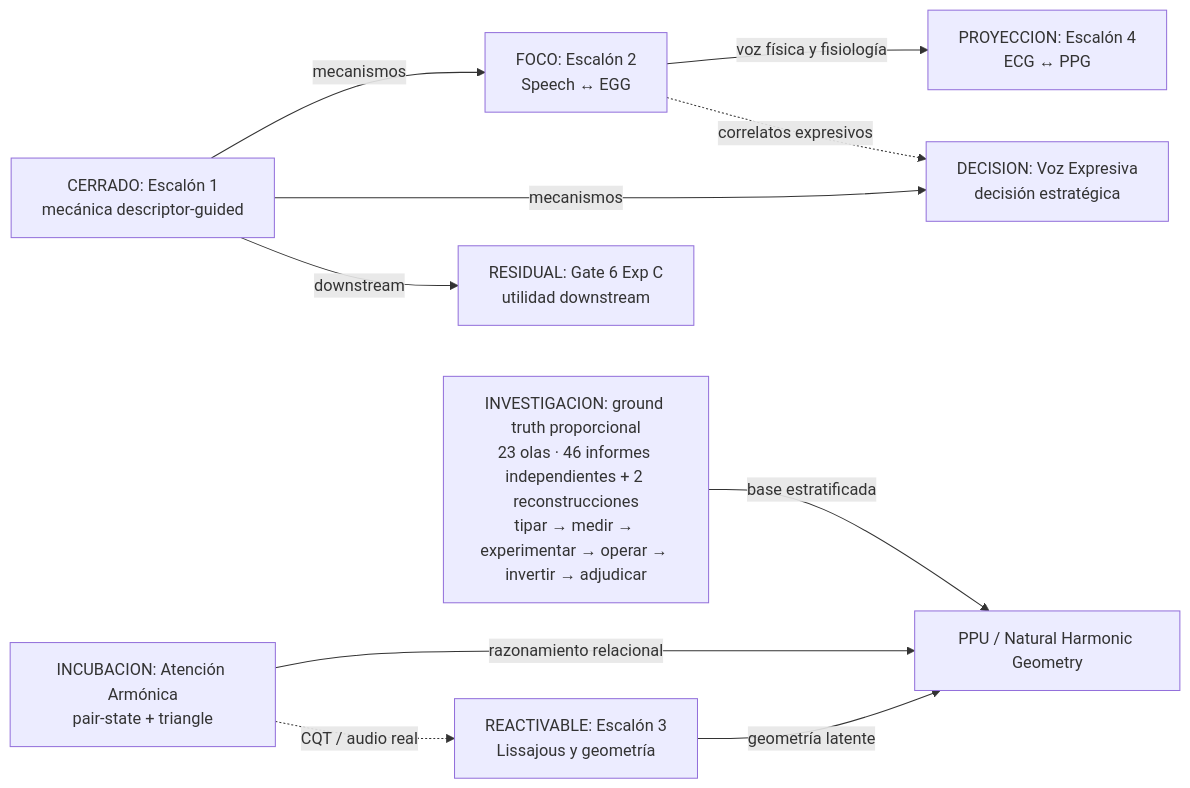
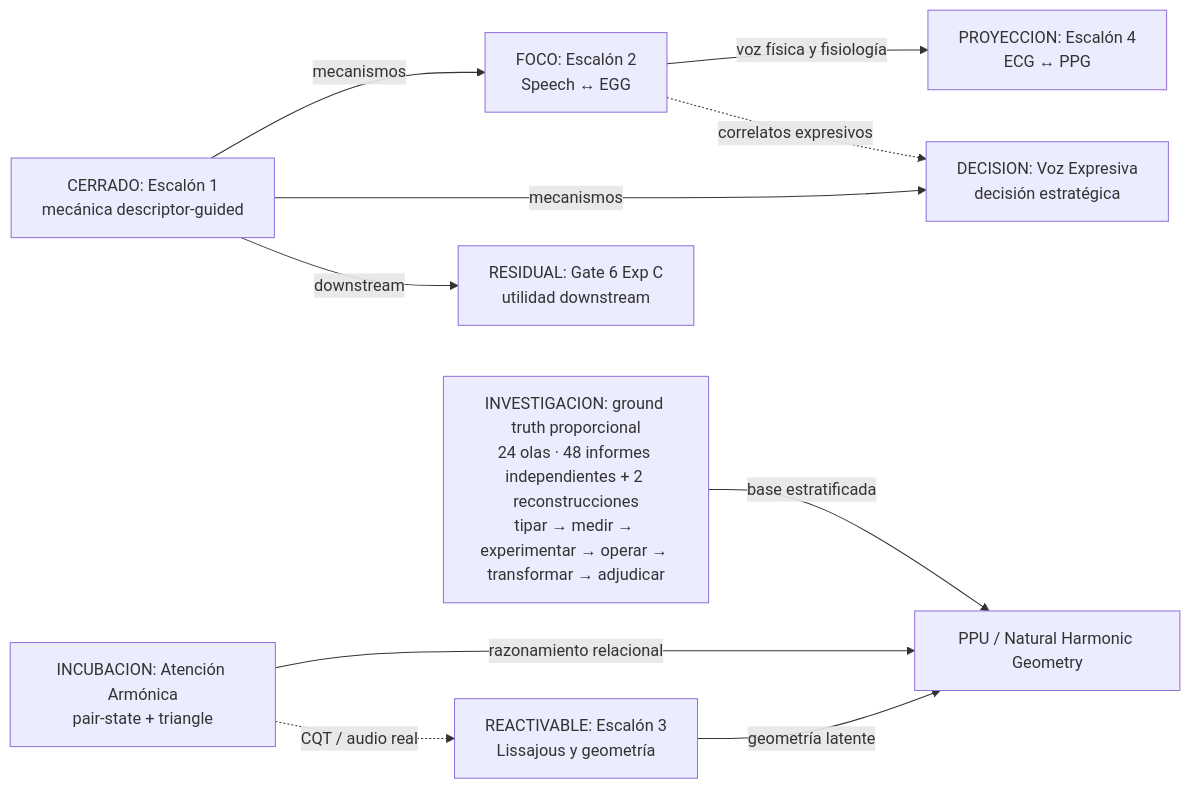
Before and after one commit to Mar-IA-no/Phideus: the first of 2 diagrams in Documents/05_WIKI/MAPA_VISUAL_DEL_PROGRAMA.md, drawn with Mermaid. The commit also changed other lines of this file and 10 other files, not shown here.

````diff
--- a/Documents/05_WIKI/MAPA_VISUAL_DEL_PROGRAMA.md
+++ b/Documents/05_WIKI/MAPA_VISUAL_DEL_PROGRAMA.md
@@ -36,22 +36,22 @@
 ```mermaid
 flowchart LR
     E1["CERRADO: Escalón 1<br/>mecánica descriptor-guided"]
     G6["RESIDUAL: Gate 6 Exp C<br/>utilidad downstream"]
     E2["FOCO: Escalón 2<br/>Speech ↔ EGG"]
     VE["DECISION: Voz Expresiva<br/>decisión estratégica"]
     E3["REACTIVABLE: Escalón 3<br/>Lissajous y geometría"]
     AA["INCUBACION: Atención Armónica<br/>pair-state + triangle"]
     E4["PROYECCION: Escalón 4<br/>ECG ↔ PPG"]
     PPU["PPU / Natural Harmonic Geometry"]
-    GT["INVESTIGACION: ground truth proporcional<br/>23 olas · 46 informes independientes + 2 reconstrucciones<br/>tipar → medir → experimentar → operar → invertir → adjudicar"]
+    GT["INVESTIGACION: ground truth proporcional<br/>24 olas · 48 informes independientes + 2 reconstrucciones<br/>tipar → medir → experimentar → operar → transformar → adjudicar"]
 
     E1 -->|mecanismos| E2
     E1 -->|mecanismos| VE
     E1 -->|downstream| G6
     E2 -->|voz física y fisiología| E4
     E2 -.->|correlatos expresivos| VE
     E3 -->|geometría latente| PPU
     AA -->|razonamiento relacional| PPU
     GT -->|base estratificada| PPU
     AA -.->|CQT / audio real| E3
 ```
````
